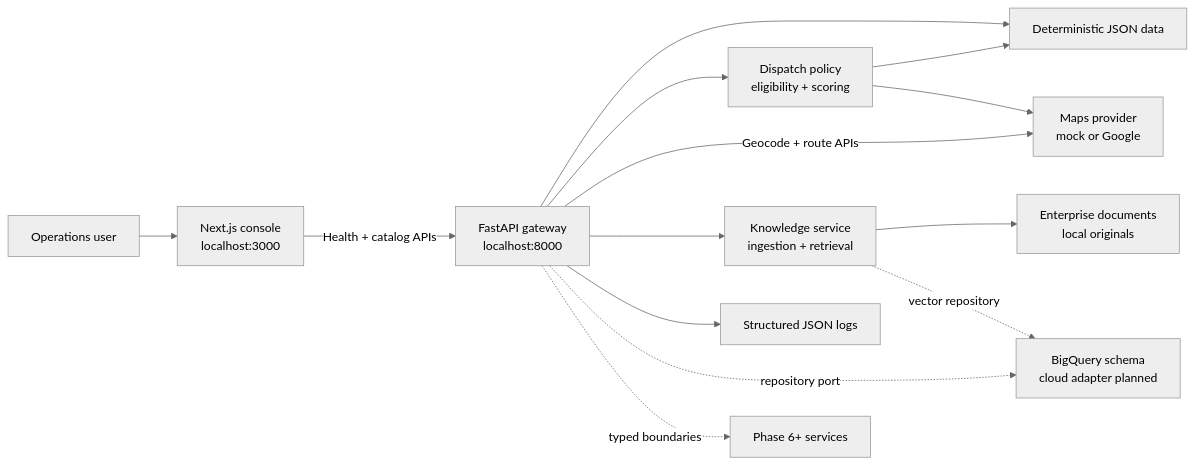
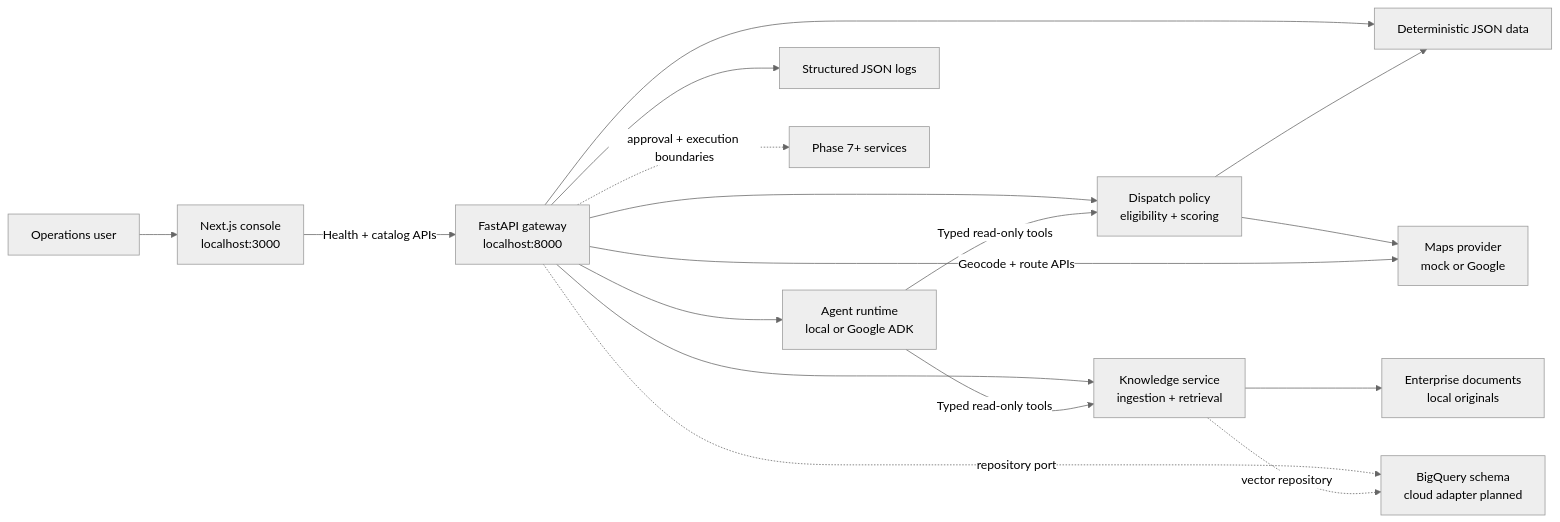
The diagram in README.md (cr7yash/geoops-ai), drawn with Mermaid (neutral theme) before and after one commit. The commit also changed other lines of this file and 25 other files, not shown here.

First line of the commit message:
feat(agent): add typed Phase 6 orchestration

````diff
--- a/README.md
+++ b/README.md
@@ -33,30 +36,34 @@
 ```mermaid
 flowchart LR
     USER[Operations user]
     WEB[Next.js console<br/>localhost:3000]
     API[FastAPI gateway<br/>localhost:8000]
     DISPATCH[Dispatch policy<br/>eligibility + scoring]
     MAPS[Maps provider<br/>mock or Google]
     KNOWLEDGE[Knowledge service<br/>ingestion + retrieval]
+    AGENT[Agent runtime<br/>local or Google ADK]
     DOCS[Enterprise documents<br/>local originals]
     LOCAL[Deterministic JSON data]
     LOGS[Structured JSON logs]
     BQ[BigQuery schema<br/>cloud adapter planned]
 
     USER --> WEB
     WEB -->|Health + catalog APIs| API
     API --> LOCAL
     API --> DISPATCH
     DISPATCH --> LOCAL
     DISPATCH --> MAPS
     API -->|Geocode + route APIs| MAPS
     API --> KNOWLEDGE
+    API --> AGENT
+    AGENT -->|Typed read-only tools| DISPATCH
+    AGENT -->|Typed read-only tools| KNOWLEDGE
     KNOWLEDGE --> DOCS
     API --> LOGS
     API -. repository port .-> BQ
 
     KNOWLEDGE -. vector repository .-> BQ
 
-    FUTURE[Phase 6+ services]
-    API -. typed boundaries .-> FUTURE
+    FUTURE[Phase 7+ services]
+    API -. approval + execution boundaries .-> FUTURE
 ```
````
